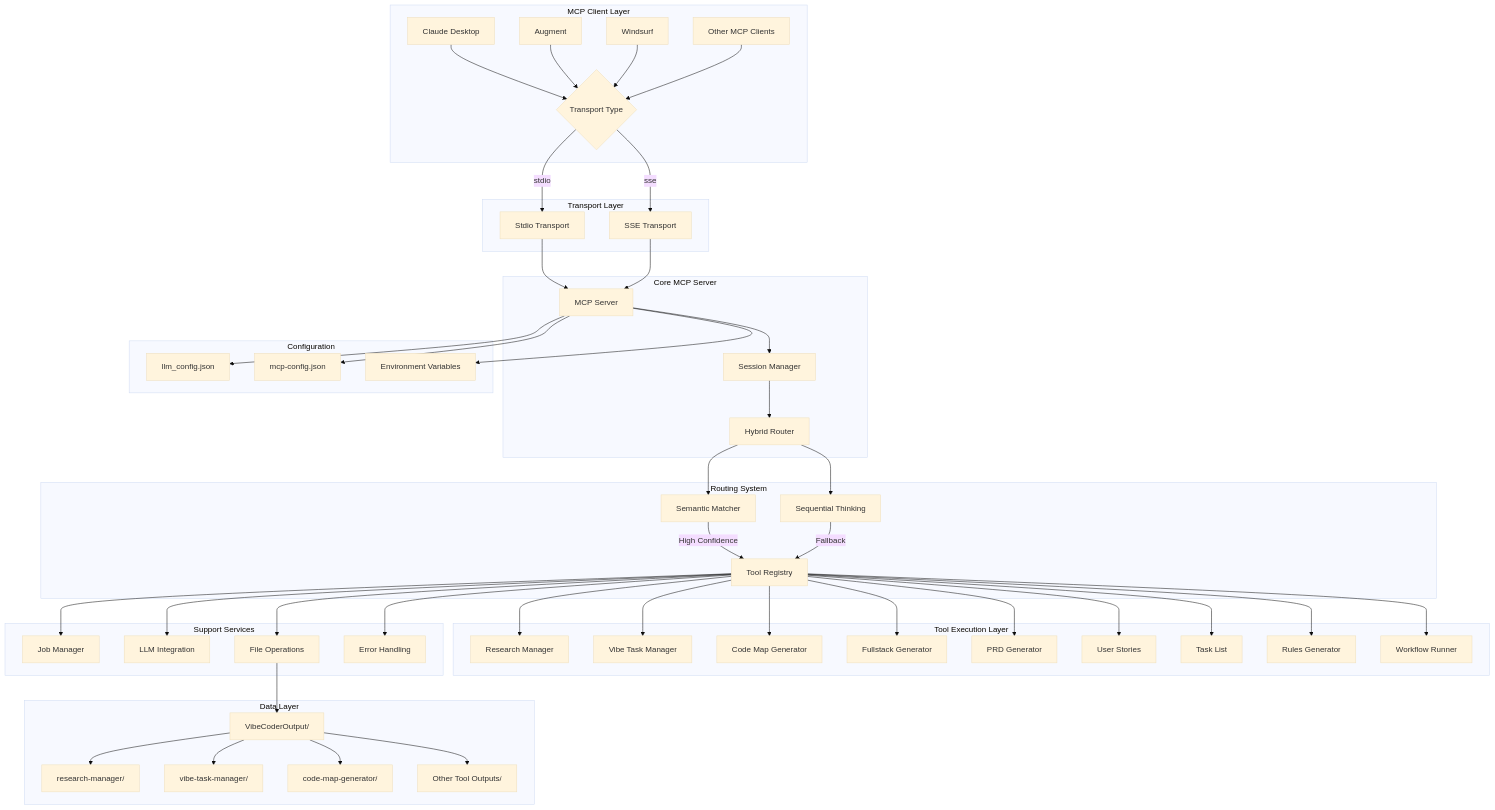
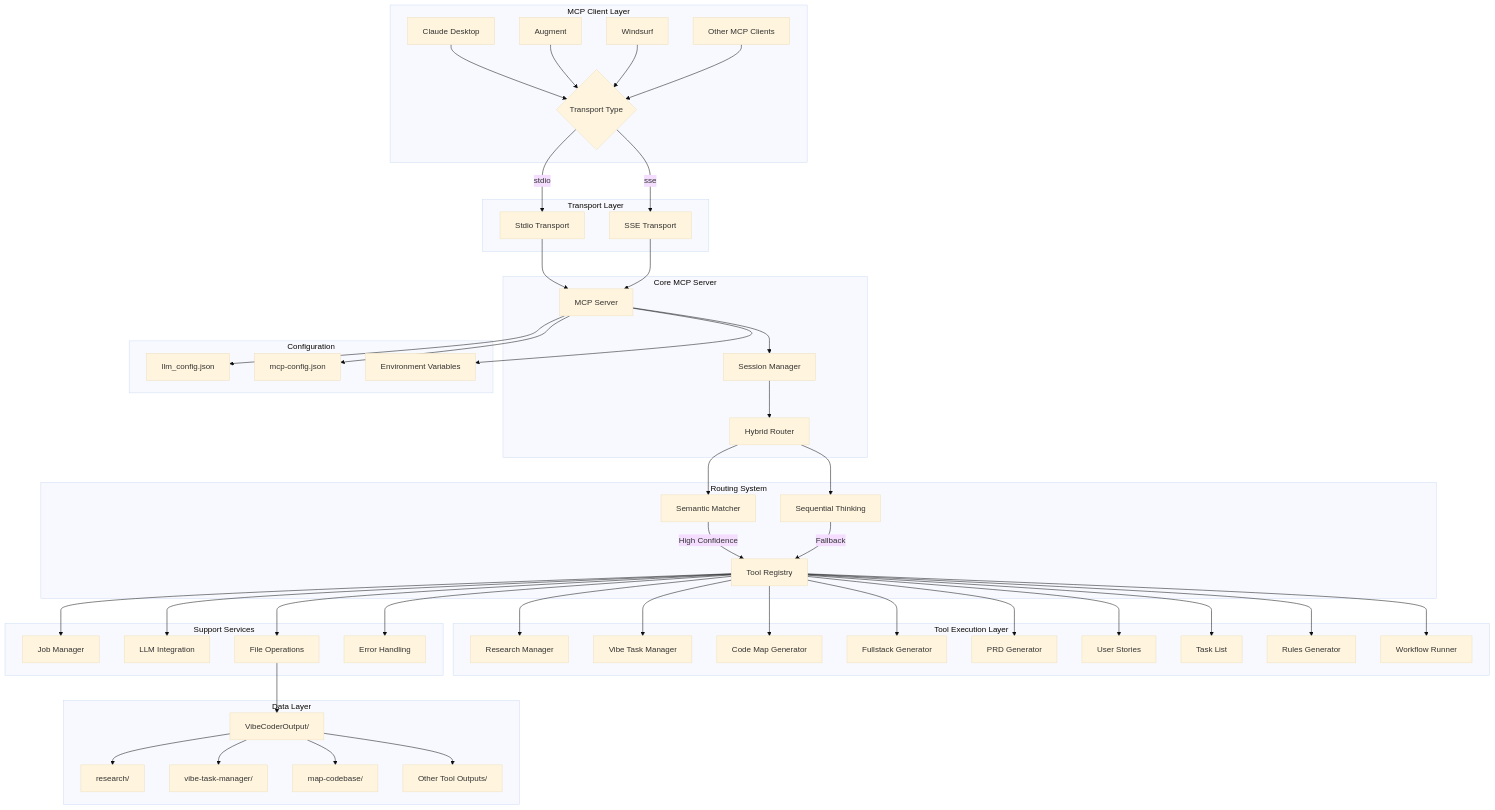
Before and after one commit to tektite-io/Vibe-Coder-MCP: the first of 2 diagrams in VIBE_CODER_MCP_SYSTEM_INSTRUCTIONS.md, drawn with Mermaid (base theme). The commit also changed other lines of this file and 457 other files, not shown here.

````diff
--- a/VIBE_CODER_MCP_SYSTEM_INSTRUCTIONS.md
+++ b/VIBE_CODER_MCP_SYSTEM_INSTRUCTIONS.md
@@ -39,62 +56,62 @@
 ```mermaid
 flowchart TD
     subgraph "MCP Client Layer"
         Claude[Claude Desktop] --> Transport
         Augment[Augment] --> Transport
         Windsurf[Windsurf] --> Transport
         Other[Other MCP Clients] --> Transport
     end
 
     subgraph "Transport Layer"
         Transport{Transport Type}
         Transport --> |stdio| StdioTransport[Stdio Transport]
         Transport --> |sse| SSETransport[SSE Transport]
     end
 
     subgraph "Core MCP Server"
         StdioTransport --> MCPServer[MCP Server]
         SSETransport --> MCPServer
         MCPServer --> SessionMgr[Session Manager]
         SessionMgr --> Router[Hybrid Router]
     end
 
     subgraph "Routing System"
         Router --> Semantic[Semantic Matcher]
         Router --> Sequential[Sequential Thinking]
         Semantic --> |High Confidence| ToolRegistry[Tool Registry]
         Sequential --> |Fallback| ToolRegistry
     end
 
     subgraph "Tool Execution Layer"
         ToolRegistry --> Research[Research Manager]
         ToolRegistry --> TaskMgr[Vibe Task Manager]
         ToolRegistry --> CodeMap[Code Map Generator]
         ToolRegistry --> FullStack[Fullstack Generator]
         ToolRegistry --> PRDGen[PRD Generator]
         ToolRegistry --> UserStories[User Stories]
         ToolRegistry --> TaskList[Task List]
         ToolRegistry --> Rules[Rules Generator]
         ToolRegistry --> Workflow[Workflow Runner]
     end
 
     subgraph "Support Services"
         ToolRegistry --> JobMgr[Job Manager]
         ToolRegistry --> LLMHelper[LLM Integration]
         ToolRegistry --> FileOps[File Operations]
         ToolRegistry --> ErrorHandler[Error Handling]
     end
 
     subgraph "Data Layer"
         FileOps --> OutputDir[VibeCoderOutput/]
-        OutputDir --> ResearchOut[research-manager/]
+        OutputDir --> ResearchOut[research/]
         OutputDir --> TaskMgrOut[vibe-task-manager/]
-        OutputDir --> CodeMapOut[code-map-generator/]
+        OutputDir --> CodeMapOut[map-codebase/]
         OutputDir --> OtherOut[Other Tool Outputs/]
     end
 
     subgraph "Configuration"
         MCPServer --> LLMConfig[llm_config.json]
         MCPServer --> MCPConfig[mcp-config.json]
         MCPServer --> EnvConfig[Environment Variables]
     end
 ```
````
